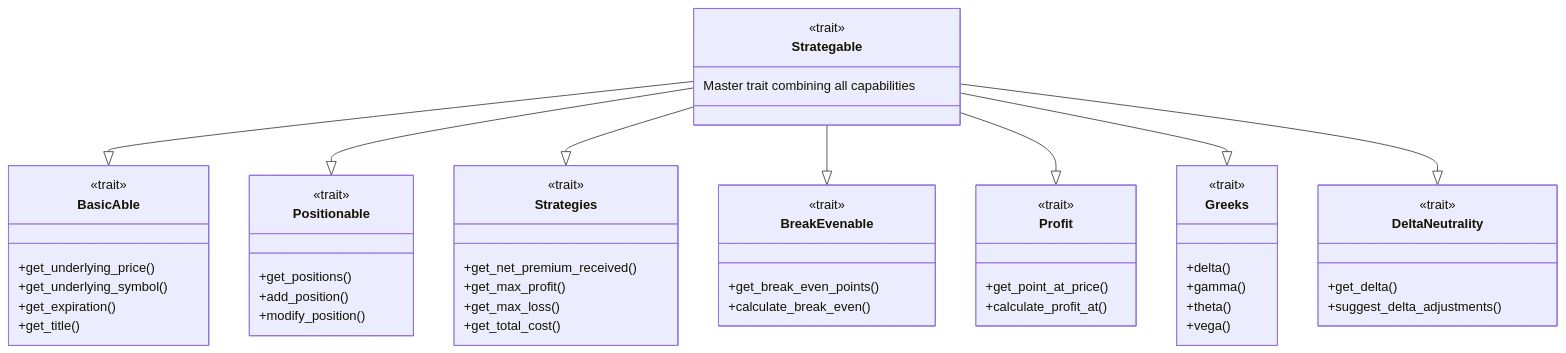
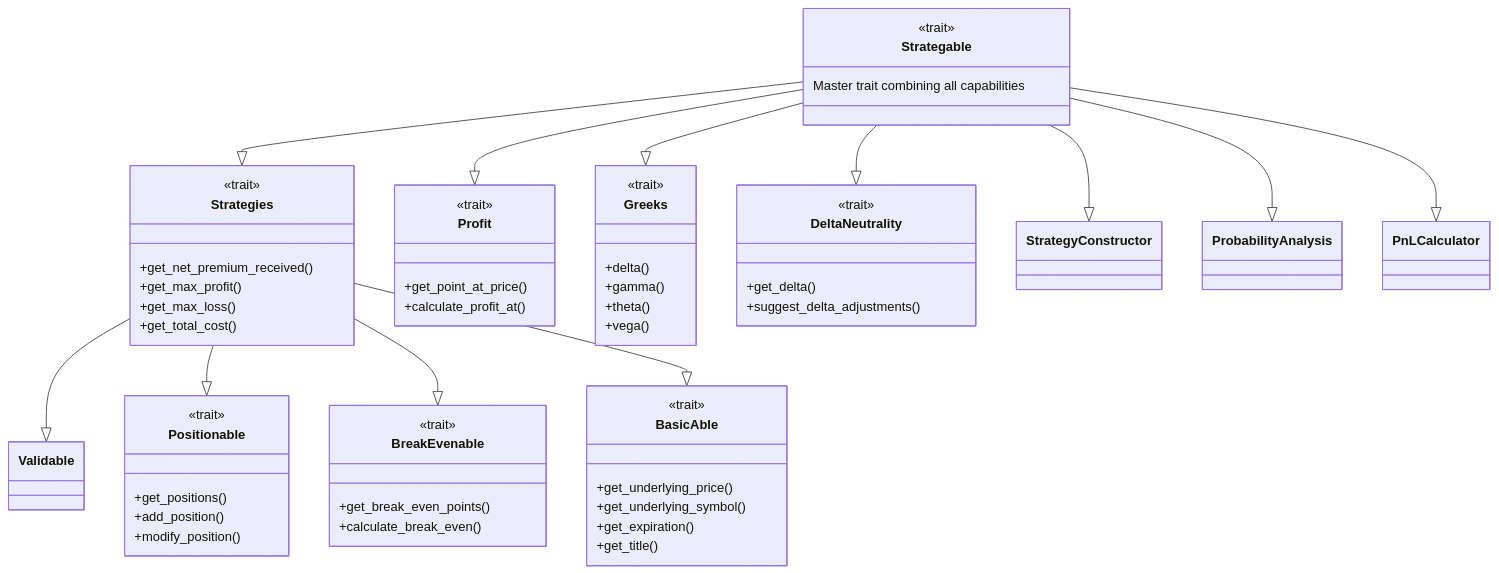
The fifth of 7 diagrams in README.md (joaquinbejar/OptionStratLib), drawn with Mermaid before and after one commit. The commit also changed 2 other files, not shown here.

Commit message:
address architect review: accurate CHANGELOG wording and the real Strategable supertraits in the diagram (#658)
Claude-Session: https://claude.ai/code/session_014VJKdSa13C4WMUMuP7Es8d

````diff
--- a/README.md
+++ b/README.md
@@ -691,64 +691,68 @@
 ```mermaid
 classDiagram
     class Strategable {
         <<trait>>
         Master trait combining all capabilities
     }
 
     class BasicAble {
         <<trait>>
         +get_underlying_price()
         +get_underlying_symbol()
         +get_expiration()
         +get_title()
     }
 
     class Positionable {
         <<trait>>
         +get_positions()
         +add_position()
         +modify_position()
     }
 
     class Strategies {
         <<trait>>
         +get_net_premium_received()
         +get_max_profit()
         +get_max_loss()
         +get_total_cost()
     }
 
     class BreakEvenable {
         <<trait>>
         +get_break_even_points()
         +calculate_break_even()
     }
 
     class Profit {
         <<trait>>
         +get_point_at_price()
         +calculate_profit_at()
     }
 
     class Greeks {
         <<trait>>
         +delta()
         +gamma()
         +theta()
         +vega()
     }
 
     class DeltaNeutrality {
         <<trait>>
         +get_delta()
         +suggest_delta_adjustments()
     }
 
-    Strategable --|> BasicAble
-    Strategable --|> Positionable
     Strategable --|> Strategies
-    Strategable --|> BreakEvenable
+    Strategable --|> StrategyConstructor
     Strategable --|> Profit
+    Strategable --|> ProbabilityAnalysis
     Strategable --|> Greeks
     Strategable --|> DeltaNeutrality
+    Strategable --|> PnLCalculator
+    Strategies --|> Validable
+    Strategies --|> Positionable
+    Strategies --|> BreakEvenable
+    Strategies --|> BasicAble
 ```
````
